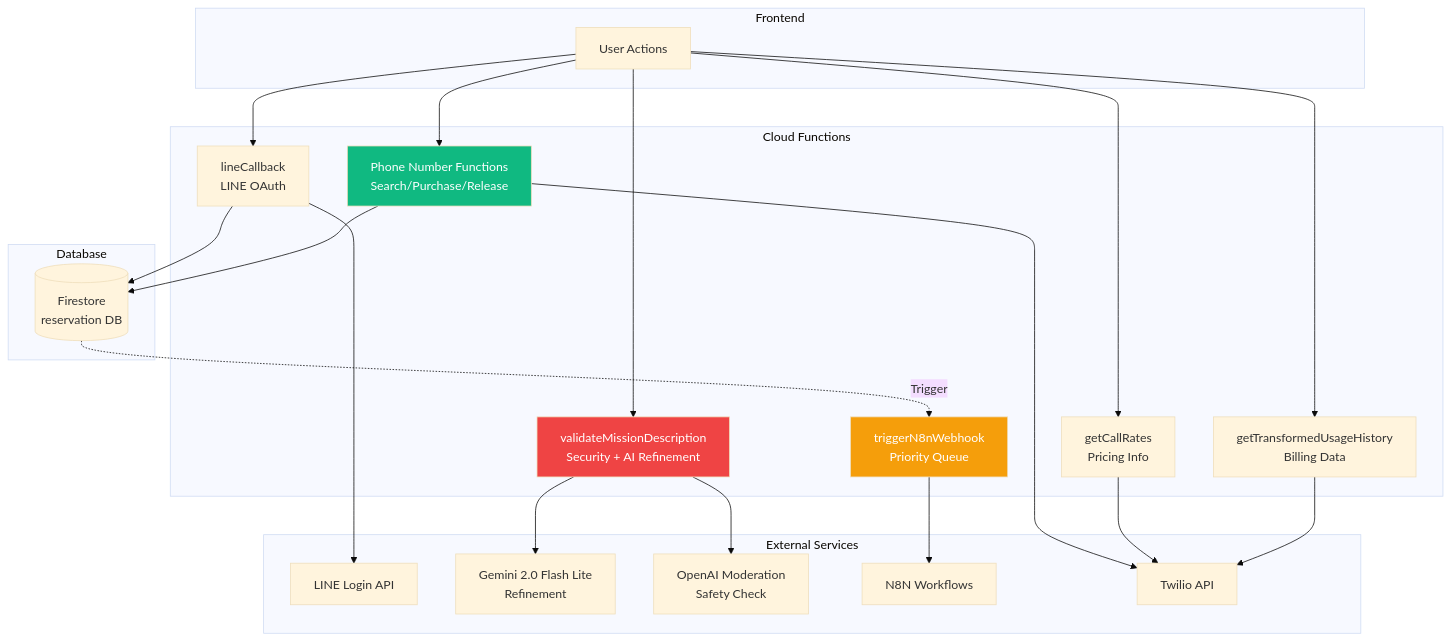
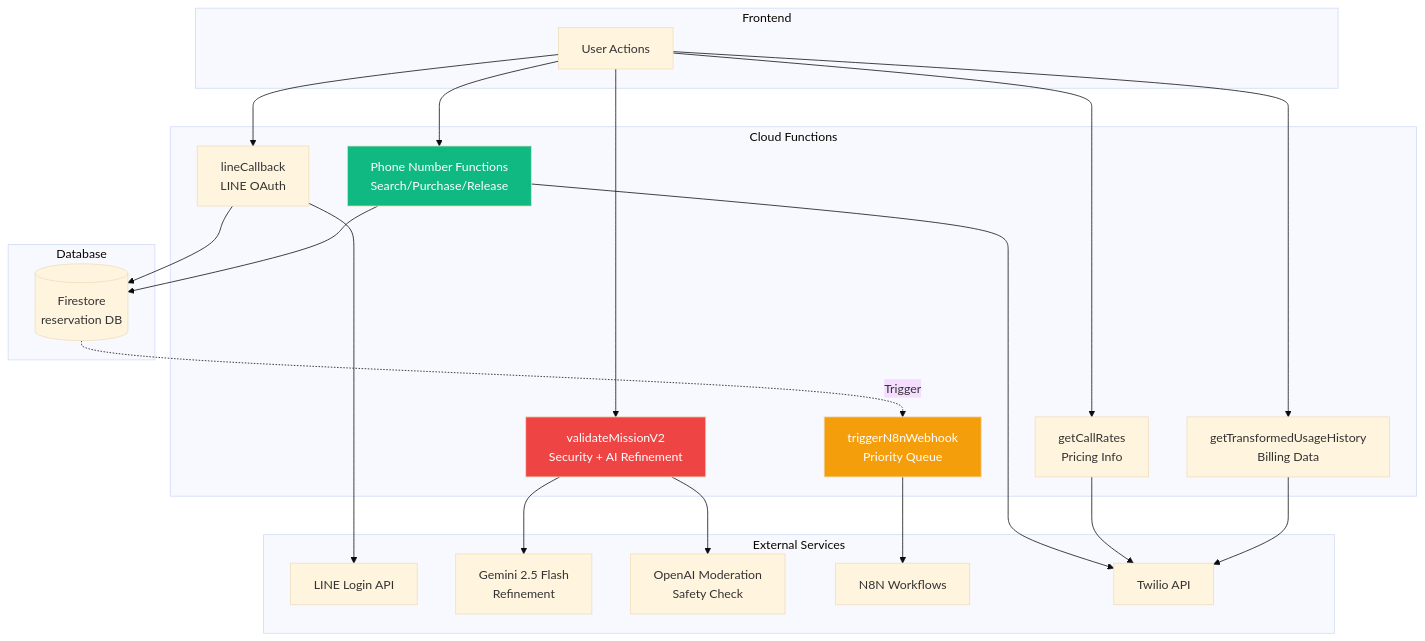
Before and after one commit to slps20425/yihsuanlee.github.io: the first of 5 diagrams in knowledge/modules/cloud-functions.md, drawn with Mermaid (base theme). The commit also changed other lines of this file and 11 other files, not shown here.

````diff
--- a/knowledge/modules/cloud-functions.md
+++ b/knowledge/modules/cloud-functions.md
@@ -13,50 +13,50 @@
 ```mermaid
 graph TB
     subgraph "Frontend"
         User[User Actions]
     end
     
     subgraph "Cloud Functions"
         Auth[lineCallback<br/>LINE OAuth]
-        Validation[validateMissionDescription<br/>Security + AI Refinement]
+        Validation[validateMissionV2<br/>Security + AI Refinement]
         Dispatcher[triggerN8nWebhook<br/>Priority Queue]
         Phone[Phone Number Functions<br/>Search/Purchase/Release]
         Rates[getCallRates<br/>Pricing Info]
         Usage[getTransformedUsageHistory<br/>Billing Data]
     end
     
     subgraph "External Services"
         LINE[LINE Login API]
-        Gemini[Gemini 2.0 Flash Lite<br/>Refinement]
+        Gemini[Gemini 2.5 Flash<br/>Refinement]
         OpenAI[OpenAI Moderation<br/>Safety Check]
         N8N[N8N Workflows]
         Twilio[Twilio API]
     end
     
     subgraph "Database"
         Firestore[(Firestore<br/>reservation DB)]
     end
     
     User --> Auth
     User --> Validation
     User --> Phone
     User --> Rates
     User --> Usage
     
     Auth --> LINE
     Validation --> Gemini
     Validation --> OpenAI
     Dispatcher --> N8N
     Phone --> Twilio
     Rates --> Twilio
     Usage --> Twilio
     
     Firestore -.Trigger.-> Dispatcher
     
     Auth --> Firestore
     Phone --> Firestore
     
     style Dispatcher fill:#f59e0b,color:#fff
     style Validation fill:#ef4444,color:#fff
     style Phone fill:#10b981,color:#fff
 ```
````
